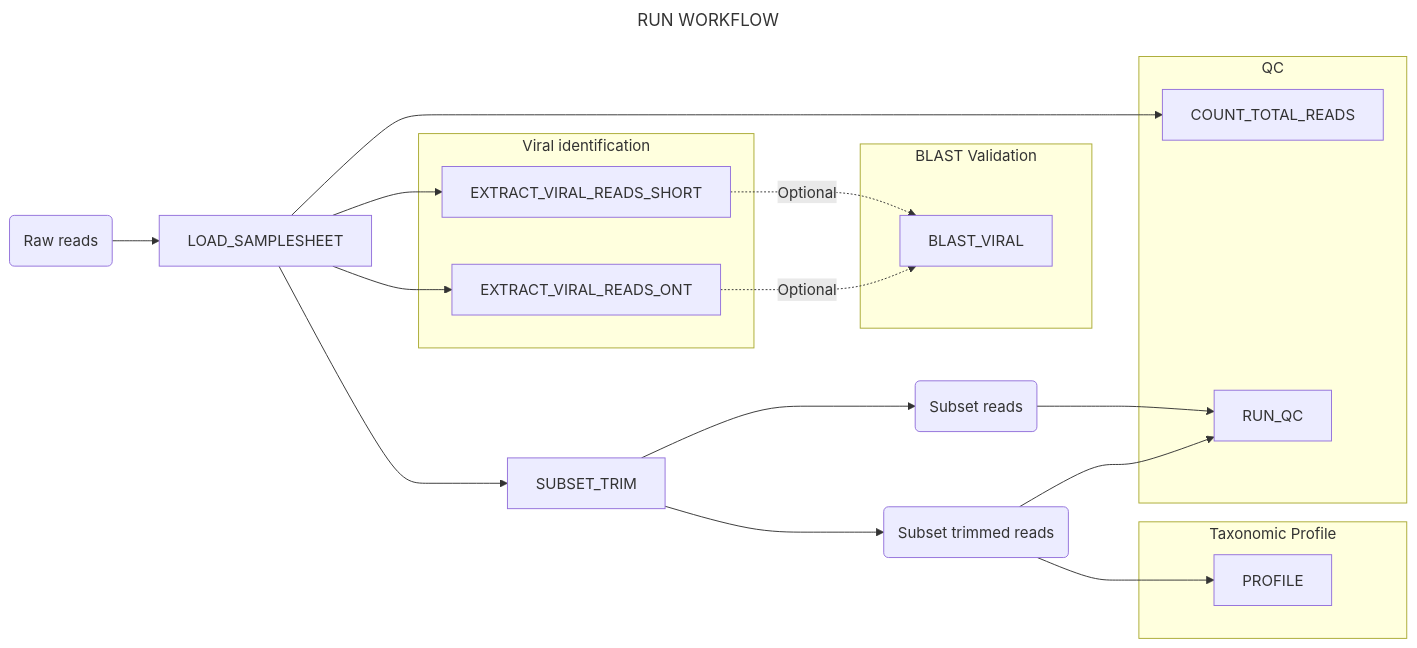
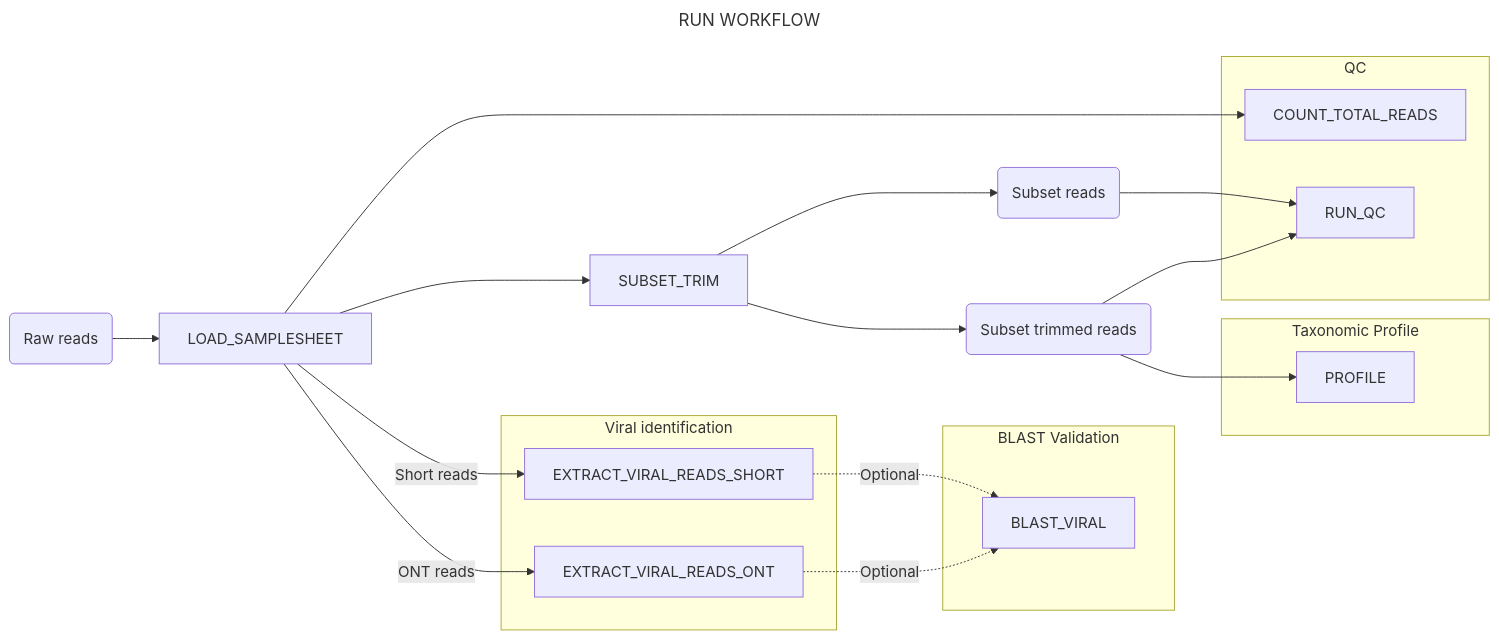
The first of 9 diagrams in docs/run.md (naobservatory/mgs-workflow), drawn with Mermaid before and after one commit. The commit also changed other lines of this file, not shown here.

Commit message:
more flowchart

````diff
--- a/docs/run.md
+++ b/docs/run.md
@@ -7,30 +7,32 @@
 ```mermaid
 ---
 title: RUN WORKFLOW
 config:
   layout: horizontal
 ---
 flowchart LR
 A(Raw reads) --> B[LOAD_SAMPLESHEET]
-B --> C[COUNT_TOTAL_READS] & D1[EXTRACT_VIRAL_READS_SHORT] & D2[EXTRACT_VIRAL_READS_ONT] & E[SUBSET_TRIM]
+B --> C[COUNT_TOTAL_READS] & E[SUBSET_TRIM]
+B --> |Short reads|D1[EXTRACT_VIRAL_READS_SHORT]
+B --> |ONT reads|D2[EXTRACT_VIRAL_READS_ONT]
 D1 & D2 -.-> |Optional|F[BLAST_VIRAL]
 E --> I(Subset reads)
 E --> J(Subset trimmed reads)
 J --> G[RUN_QC] & H[PROFILE]
 I --> G[RUN_QC]
 %% Adjust layout by placing subgraphs in specific order
 subgraph "Viral identification"
 D1
 D2
 end
 subgraph "Taxonomic Profile"
 H
 end
 subgraph "QC"
 C
 G
 end
 subgraph "BLAST Validation"
 F
 end
 ```
````
